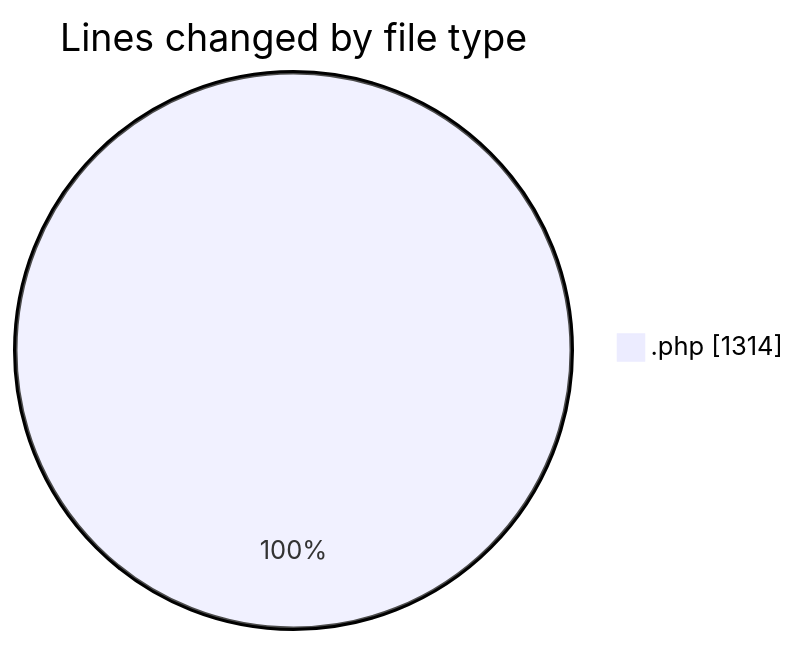
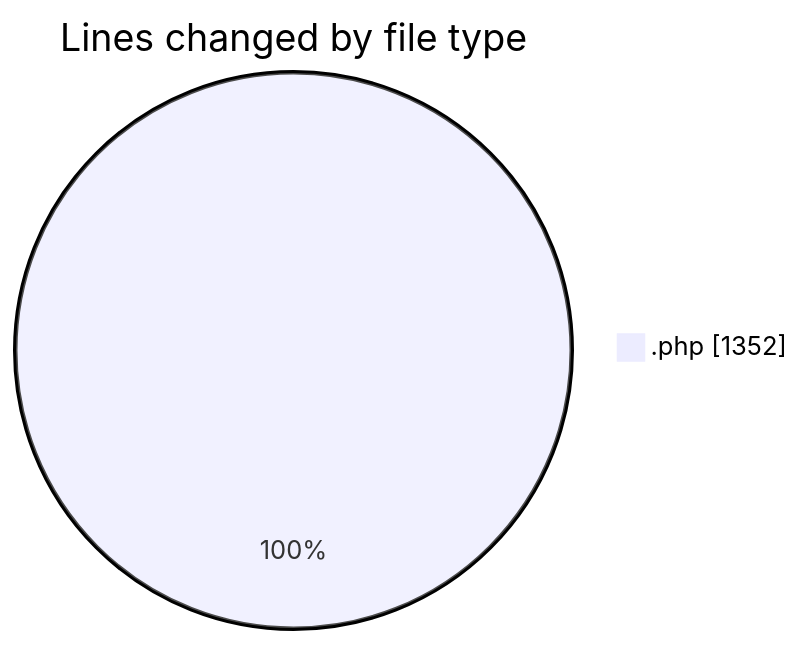
Before and after one commit to debugP/code-tracking: the first of 2 diagrams in 2025-11-28/jmb-limit-daily-sales/README.md, drawn with Mermaid. The commit also changed other lines of this file and 1 other file, not shown here.

````diff
--- a/2025-11-28/jmb-limit-daily-sales/README.md
+++ b/2025-11-28/jmb-limit-daily-sales/README.md
@@ -20,5 +20,5 @@
 ```mermaid
 pie showData
 title Lines changed by file type
-".php" : 1314
+".php" : 1352
 ```
````
